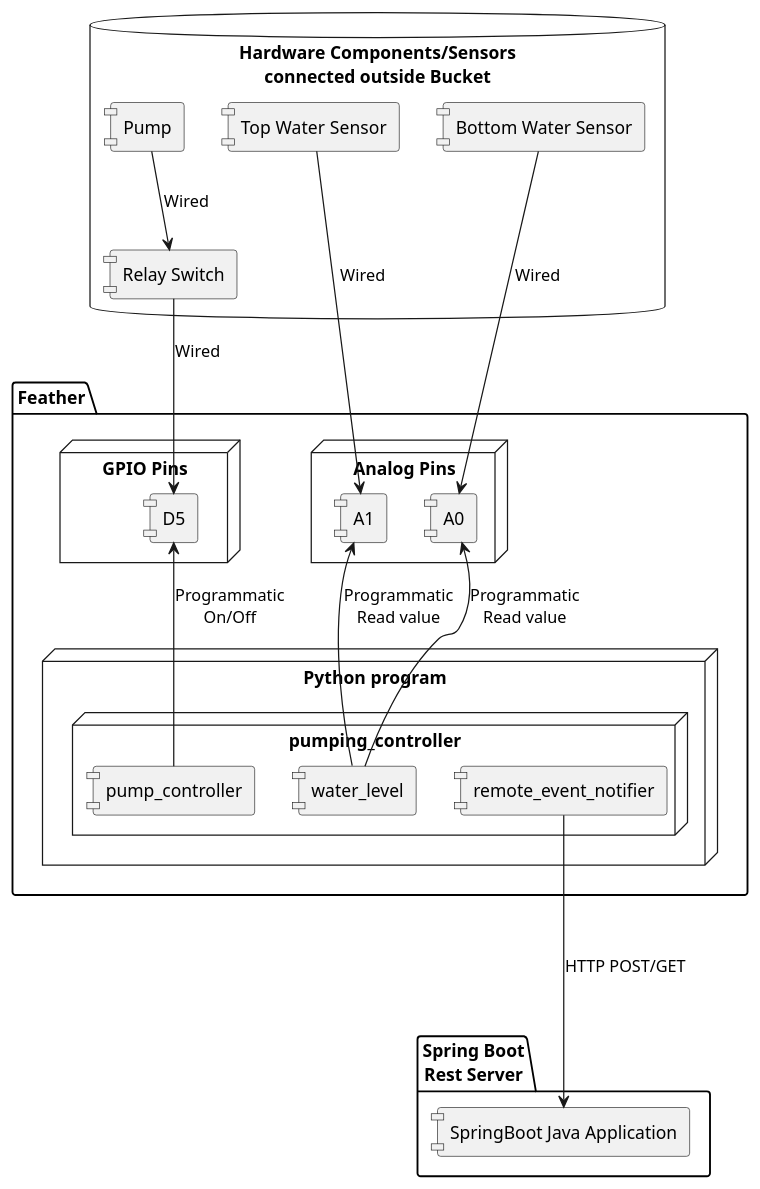
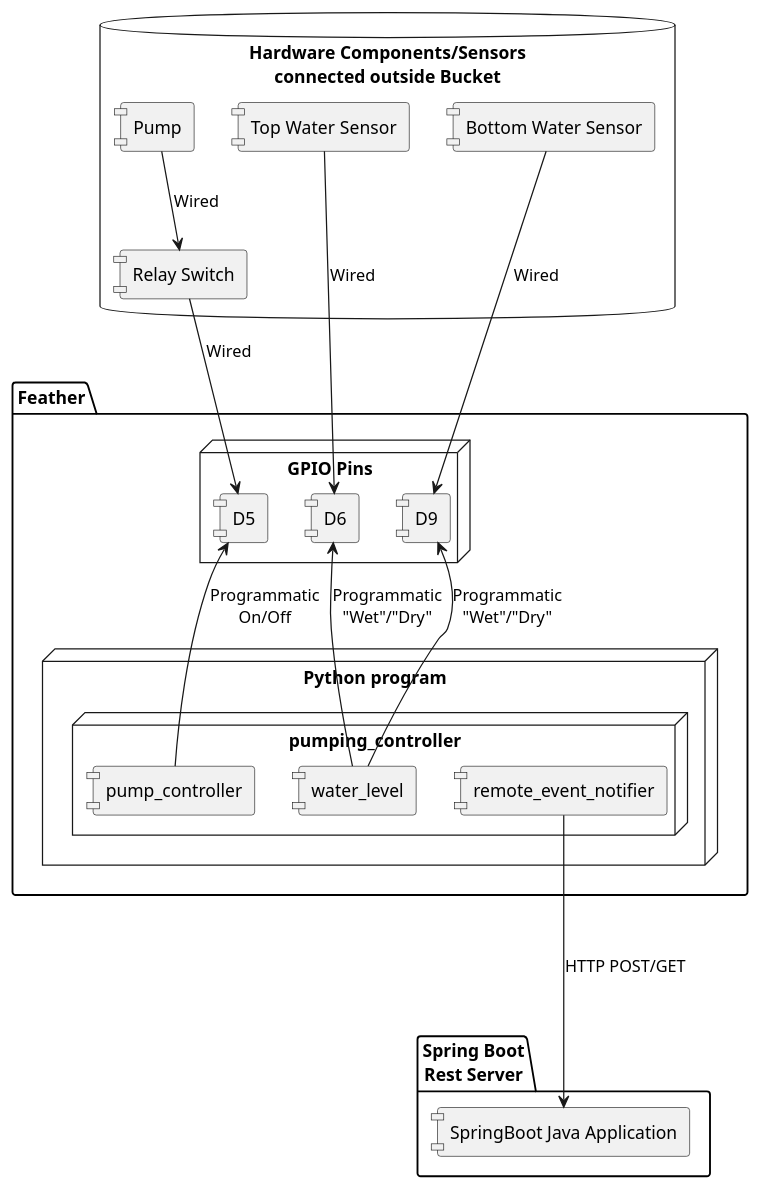
The diagram in documentation/pump_component.puml (silaswilson87/crusher), drawn with PlantUML before and after one commit.

Commit message:
Updated pump_component diagram to reflect the change from analog water level sensors to digital.

```diff
--- a/documentation/pump_component.puml
+++ b/documentation/pump_component.puml
@@ -1,38 +1,35 @@
 @startuml
 'https://plantuml.com/component-diagram
 skinparam componentStyle uml1
 
 package "Feather" {
    node "GPIO Pins" {
     [D5]
-   }
-   node "Analog Pins"{
-    [A0]
-    [A1]
+    [D6]
+    [D9]
    }
     node "Python program"{
        node "pumping_controller" {
        [remote_event_notifier]
        [pump_controller]
        [water_level]
        }
     }
   [pump_controller] -up-> [D5]:Programmatic\nOn/Off
-  [water_level] -up-> [A0]:Programmatic\nRead value
-  [water_level] -up-> [A1]:Programmatic\nRead value
+  [water_level] -up-> [D6]:Programmatic\n"Wet"/"Dry"
+  [water_level] -up-> [D9]:Programmatic\n"Wet"/"Dry"
 }
 
 package "Spring Boot\nRest Server" {
   [SpringBoot Java Application]
 }
 
 
 database "Hardware Components/Sensors\nconnected outside Bucket" {
    [Relay Switch]--> [D5]:Wired
    [Pump]--> [Relay Switch]:Wired
-   [Top Water Sensor] --> [A1]:Wired
-   [Bottom Water Sensor]--> [A0]:Wired
-
+   [Top Water Sensor] --> [D6]:Wired
+   [Bottom Water Sensor]--> [D9]:Wired
 }
 [remote_event_notifier] --down-> [SpringBoot Java Application]:HTTP POST/GET
 @enduml
```
